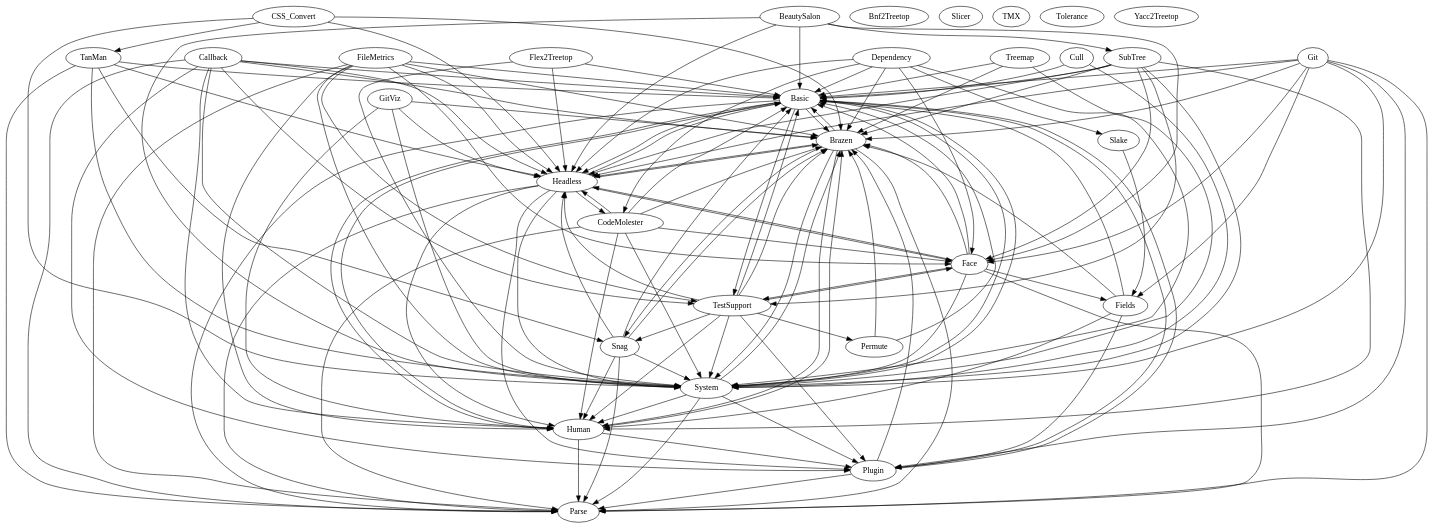
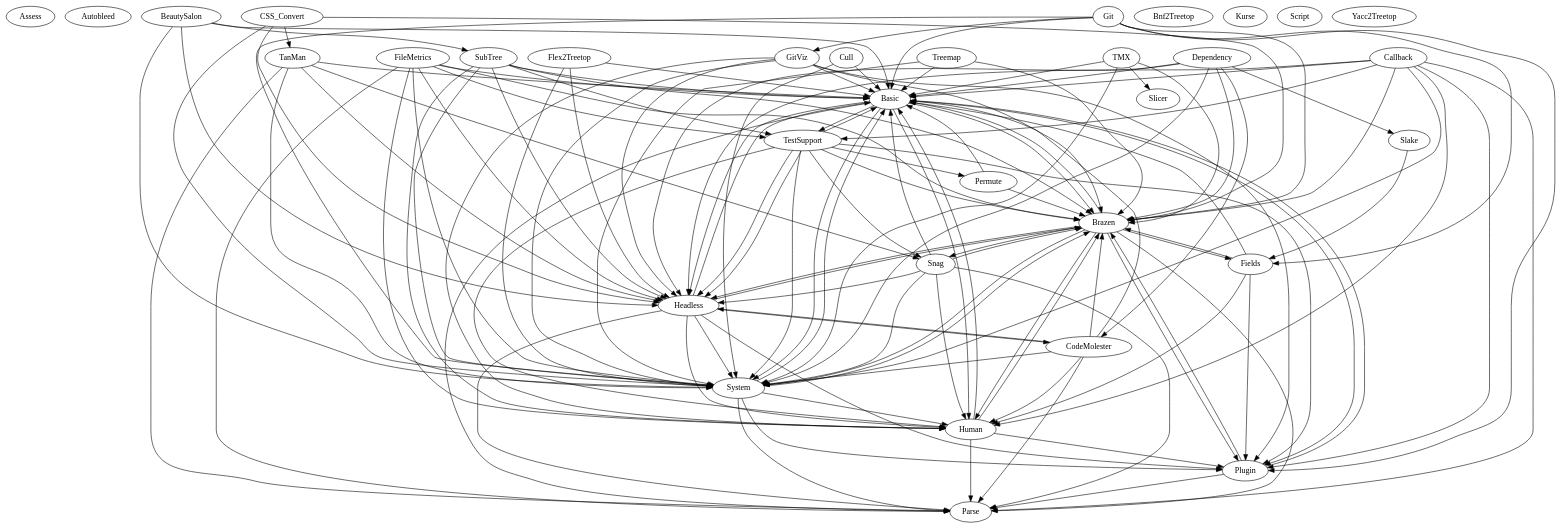
One commit to hipe/tmx changed the diagram in lib/skylab/slicer/doc/sidesystem-dependencies/01-use-this-one.dot. Above: the diagram before and after it, drawn with Graphviz. The commit also changed 90 other files, not shown here.

```diff
--- a/lib/skylab/slicer/doc/sidesystem-dependencies/01-use-this-one.dot
+++ b/lib/skylab/slicer/doc/sidesystem-dependencies/01-use-this-one.dot
@@ -1,166 +1,161 @@
 digraph {
+  as [ label="Assess" ]
+  au [ label="Autobleed" ]
   ba [ label="Basic" ]
   bs [ label="BeautySalon" ]
   b2 [ label="Bnf2Treetop" ]
   br [ label="Brazen" ]
   ca [ label="Callback" ]
   cm [ label="CodeMolester" ]
   cs [ label="CSS_Convert" ]
   cu [ label="Cull" ]
   de [ label="Dependency" ]
-  fa [ label="Face" ]
   fi [ label="Fields" ]
   fm [ label="FileMetrics" ]
   f2 [ label="Flex2Treetop" ]
   gi [ label="Git" ]
   gv [ label="GitViz" ]
   he [ label="Headless" ]
   hu [ label="Human" ]
+  ku [ label="Kurse" ]
   pa [ label="Parse" ]
   pe [ label="Permute" ]
   pl [ label="Plugin" ]
+  sc [ label="Script" ]
   sla [ label="Slake" ]
   sli [ label="Slicer" ]
   sn [ label="Snag" ]
   st [ label="SubTree" ]
   sy [ label="System" ]
   tan [ label="TanMan" ]
   tmx [ label="TMX" ]
   ts [ label="TestSupport" ]
-  to [ label="Tolerance" ]
   tr [ label="Treemap" ]
   y2 [ label="Yacc2Treetop" ]
   ba -> br
   ba -> he
   ba -> hu
   ba -> pa
   ba -> pl
   ba -> sy
   ba -> ts
   bs -> ba
-  bs -> fa
   bs -> he
   bs -> st
   bs -> sy
   br -> ba
+  br -> fi
   br -> he
   br -> hu
   br -> pa
+  br -> pl
   br -> sn
   br -> sy
   ca -> ba
   ca -> br
   ca -> he
   ca -> hu
   ca -> pa
   ca -> pl
   ca -> sy
   ca -> ts
   cm -> ba
   cm -> br
-  cm -> fa
   cm -> he
+  cm -> pa
   cm -> hu
-  cm -> pa
   cm -> sy
   cs -> br
   cs -> he
   cs -> sy
   cs -> tan
   cu -> ba
   cu -> sy
   de -> ba
   de -> br
+  de -> he
   de -> cm
-  de -> fa
-  de -> he
   de -> sla
   de -> sy
-  fa -> br
-  fa -> ba
-  fa -> fi
-  fa -> he
-  fa -> pa
-  fa -> sy
-  fa -> ts
   fi -> ba
   fi -> br
   fi -> hu
   fi -> pl
   fm -> br
   fm -> ba
-  fm -> fa
   fm -> he
   fm -> hu
   fm -> pa
   fm -> sy
   fm -> ts
   f2 -> ba
   f2 -> he
   f2 -> sy
   gi -> ba
   gi -> br
-  gi -> fa
   gi -> fi
-  gi -> he
-  gi -> pa
+  gi -> gv
   gi -> pl
   gi -> sy
   gv -> br
+  gv -> ba
   gv -> he
   gv -> hu
+  gv -> pl
   gv -> sy
   he -> ba
   he -> br
   he -> cm
-  he -> fa
   he -> hu
   he -> pa
   he -> pl
   he -> sy
   hu -> ba
   hu -> br
   hu -> pa
   hu -> pl
   pe -> ba
   pe -> br
   pl -> ba
   pl -> br
   pl -> pa
   sla -> fi
   sn -> ba
   sn -> br
   sn -> he
   sn -> hu
   sn -> pa
   sn -> sy
   st -> ba
   st -> br
-  st -> fa
+  st -> he
   st -> hu
-  st -> he
   st -> sy
   st -> ts
   sy -> ba
   sy -> br
   sy -> hu
   sy -> pa
   sy -> pl
   tan -> ba
   tan -> he
   tan -> pa
   tan -> sn
   tan -> sy
   ts -> ba
   ts -> br
+  ts -> he
   ts -> pe
   ts -> pl
-  ts -> fa
+  ts -> sn
+  ts -> hu
   ts -> he
-  ts -> hu
-  ts -> sn
   ts -> sy
+  tmx -> ba
+  tmx -> br
+  tmx -> sli
+  tmx -> sy
   tr -> ba
   tr -> br
   tr -> sy
 }
```
